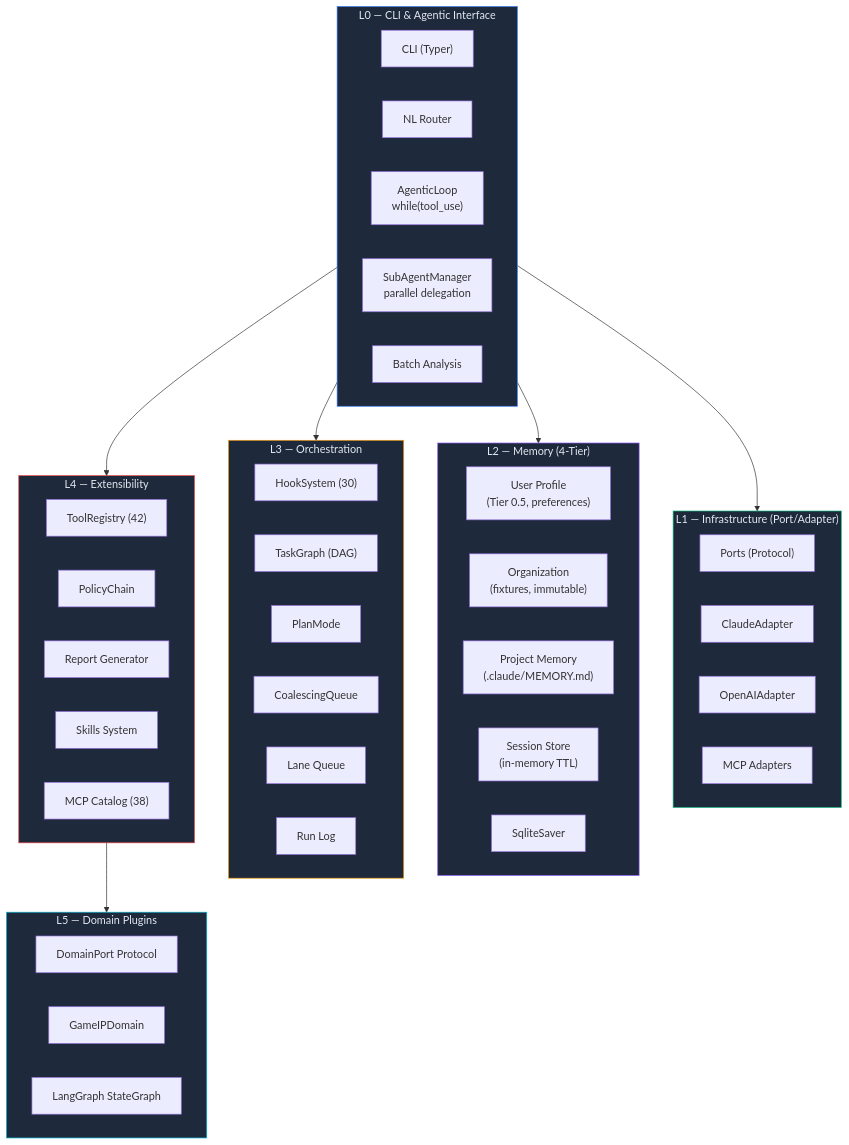
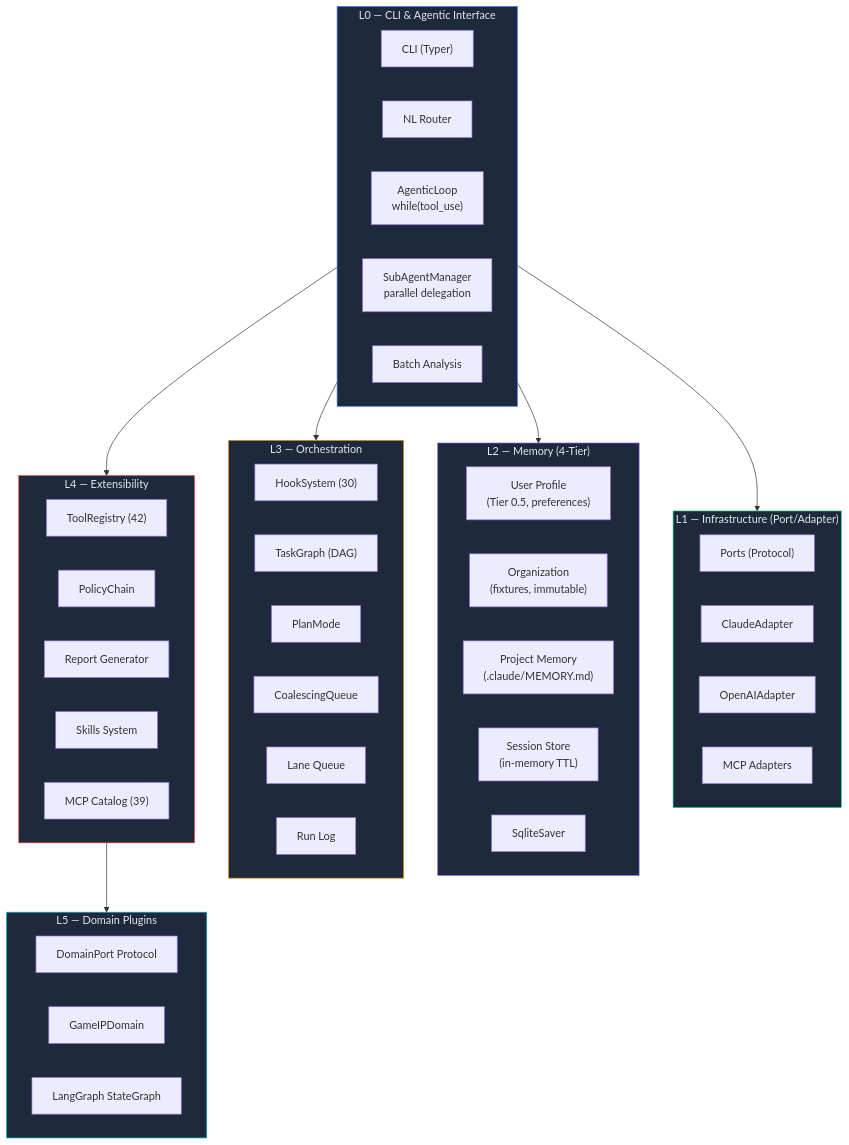
Before and after one commit to mangowhoiscloud/geode: the second of 15 diagrams in README.md, drawn with Mermaid. The commit also changed other lines of this file and 1 other file, not shown here.

````diff
--- a/README.md
+++ b/README.md
@@ -122,61 +122,61 @@
 ```mermaid
 graph TB
     subgraph L0["L0 — CLI & Agentic Interface"]
         CLI["CLI (Typer)"]
         NLR["NL Router"]
         AL["AgenticLoop<br/>while(tool_use)"]
         SubA["SubAgentManager<br/>parallel delegation"]
         Batch["Batch Analysis"]
     end
 
     subgraph L1["L1 — Infrastructure (Port/Adapter)"]
         direction LR
         Ports["Ports (Protocol)"]
         Claude["ClaudeAdapter"]
         OpenAI["OpenAIAdapter"]
         MCP["MCP Adapters"]
     end
 
     subgraph L2["L2 — Memory (4-Tier)"]
         UserProf["User Profile<br/>(Tier 0.5, preferences)"]
         Org["Organization<br/>(fixtures, immutable)"]
         Project["Project Memory<br/>(.claude/MEMORY.md)"]
         Session["Session Store<br/>(in-memory TTL)"]
         Checkpoint["SqliteSaver"]
     end
 
     subgraph L3["L3 — Orchestration"]
         Hooks["HookSystem (30)"]
         Tasks["TaskGraph (DAG)"]
         Plan["PlanMode"]
         Coal["CoalescingQueue"]
         Lanes["Lane Queue"]
         RunLog["Run Log"]
     end
 
     subgraph L4["L4 — Extensibility"]
         Tools["ToolRegistry (42)"]
         Policy["PolicyChain"]
         Reports["Report Generator"]
         Skills["Skills System"]
-        MCPCat["MCP Catalog (38)"]
+        MCPCat["MCP Catalog (39)"]
     end
 
     subgraph L5["L5 — Domain Plugins"]
         Domain["DomainPort Protocol"]
         GameIP["GameIPDomain"]
         Pipeline["LangGraph StateGraph"]
     end
 
     L0 --> L1
     L0 --> L2
     L0 --> L3
     L0 --> L4
     L4 --> L5
     style L0 fill:#1e293b,stroke:#3b82f6,color:#e2e8f0
     style L1 fill:#1e293b,stroke:#10b981,color:#e2e8f0
     style L2 fill:#1e293b,stroke:#8b5cf6,color:#e2e8f0
     style L3 fill:#1e293b,stroke:#f59e0b,color:#e2e8f0
     style L4 fill:#1e293b,stroke:#ef4444,color:#e2e8f0
     style L5 fill:#1e293b,stroke:#06b6d4,color:#e2e8f0
 ```
````
